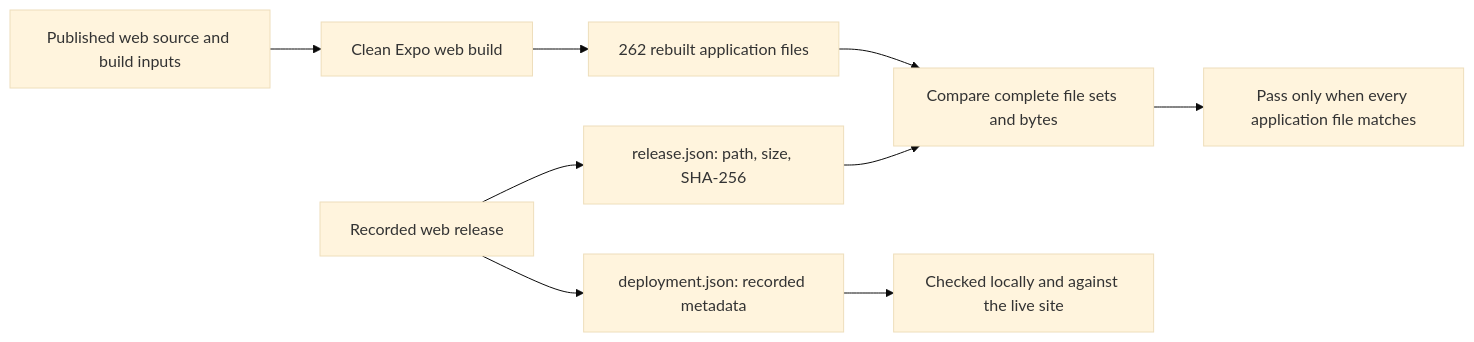
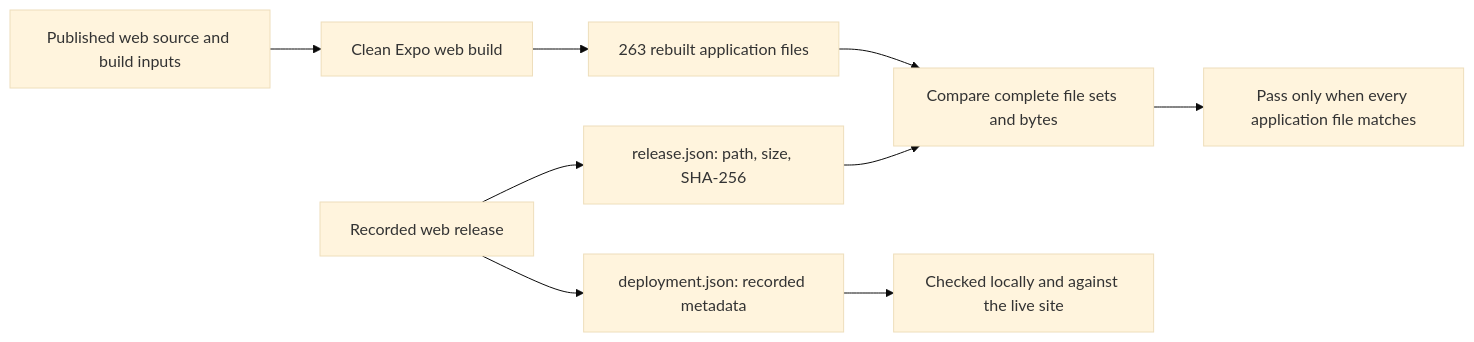
One commit to nuri-com/nuri-wallet changed the first of 5 diagrams in README.md. Above: the diagram before and after it, drawn with Mermaid (base theme). The commit also changed other lines of this file and 459 other files, not shown here.

````diff
--- a/README.md
+++ b/README.md
@@ -167,11 +167,11 @@
 ```mermaid
 flowchart LR
     S["Published web source and build inputs"] --> B["Clean Expo web build"]
-    B --> R["262 rebuilt application files"]
+    B --> R["263 rebuilt application files"]
     W["Recorded web release"] --> M["release.json: path, size, SHA-256"]
     R --> C["Compare complete file sets and bytes"]
     M --> C
     W --> D["deployment.json: recorded metadata"]
     D --> L["Checked locally and against the live site"]
     C --> P["Pass only when every application file matches"]
 ```
````
